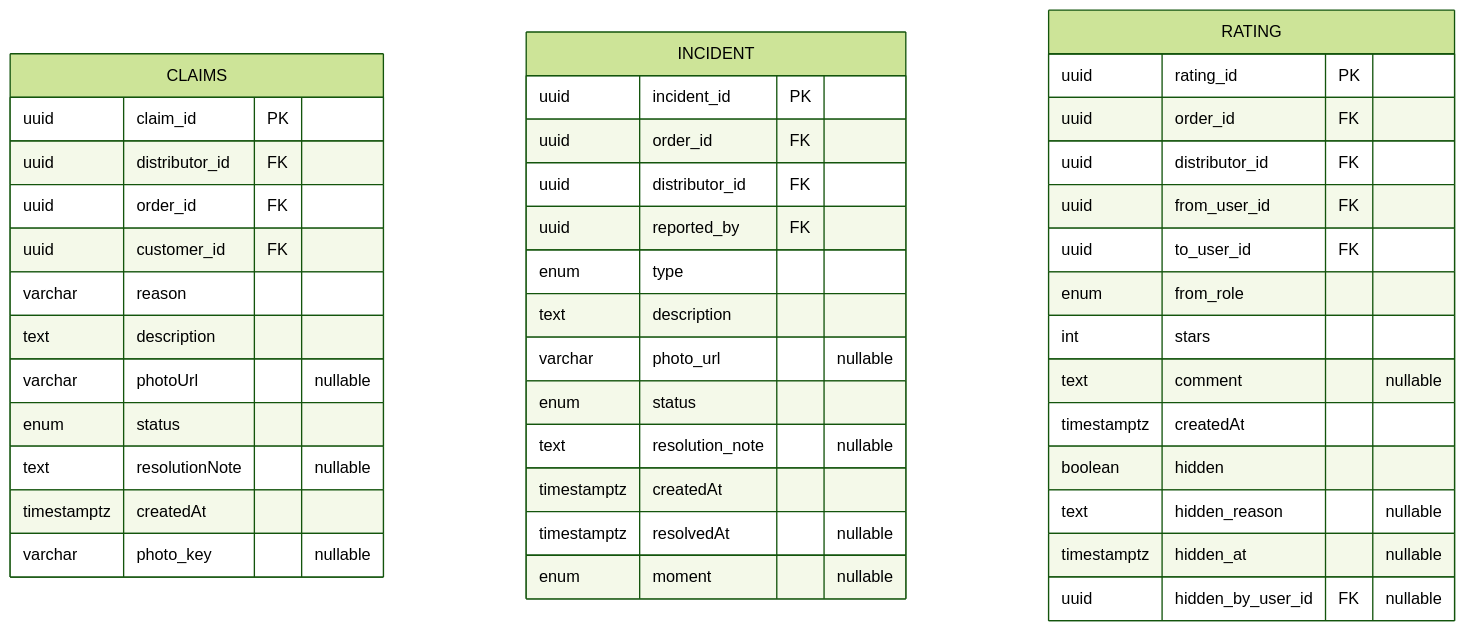
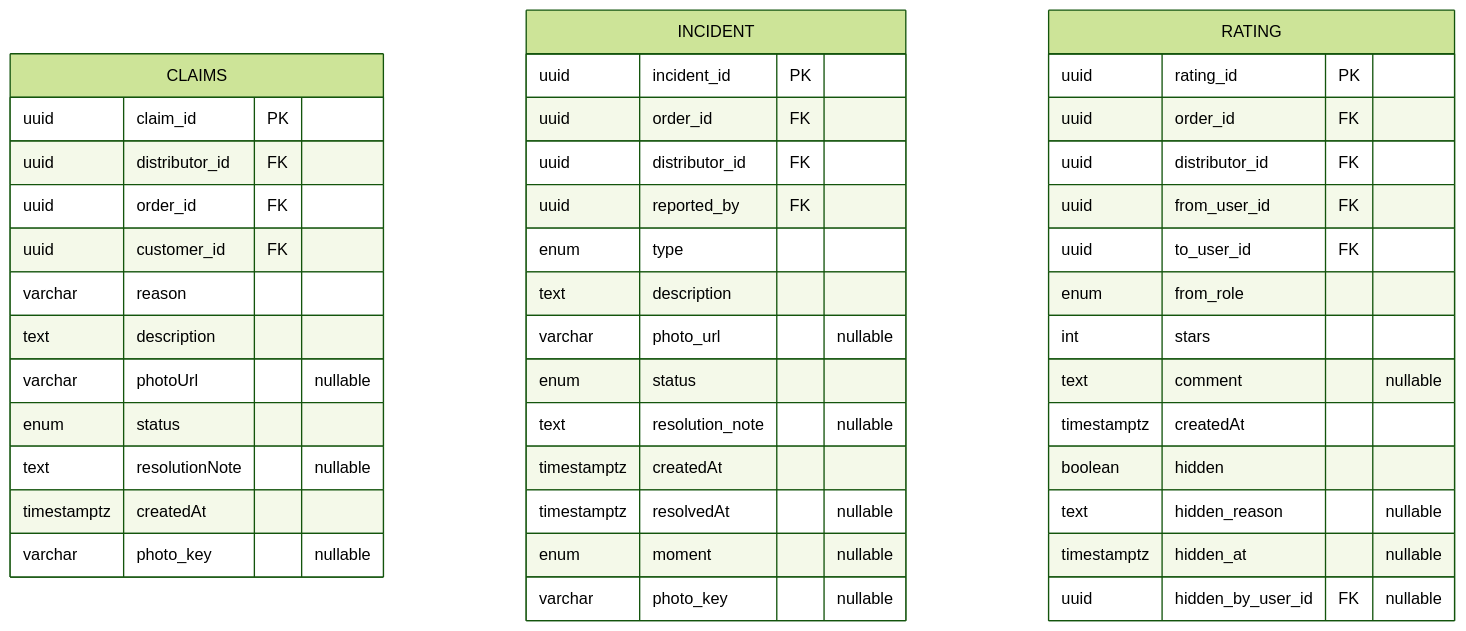
The eighth of 15 diagrams in diagramas/base-de-datos/SPLG-der-mermaid.md (Nahuelito-Dev/splg-docs), drawn with Mermaid (forest theme) before and after one commit. The commit also changed other lines of this file and 298 other files, not shown here.

````diff
--- a/diagramas/base-de-datos/SPLG-der-mermaid.md
+++ b/diagramas/base-de-datos/SPLG-der-mermaid.md
@@ -569,46 +576,47 @@
 ```mermaid
 erDiagram
 
     CLAIMS {
         uuid claim_id PK
         uuid distributor_id FK
         uuid order_id FK
         uuid customer_id FK
         varchar reason
         text description
         varchar photoUrl "nullable"
         enum status
         text resolutionNote "nullable"
         timestamptz createdAt
         varchar photo_key "nullable"
     }
     INCIDENT {
         uuid incident_id PK
         uuid order_id FK
         uuid distributor_id FK
         uuid reported_by FK
         enum type
         text description
         varchar photo_url "nullable"
         enum status
         text resolution_note "nullable"
         timestamptz createdAt
         timestamptz resolvedAt "nullable"
         enum moment "nullable"
+        varchar photo_key "nullable"
     }
     RATING {
         uuid rating_id PK
         uuid order_id FK
         uuid distributor_id FK
         uuid from_user_id FK
         uuid to_user_id FK
         enum from_role
         int stars
         text comment "nullable"
         timestamptz createdAt
         boolean hidden
         text hidden_reason "nullable"
         timestamptz hidden_at "nullable"
         uuid hidden_by_user_id FK "nullable"
     }
 ```
````
